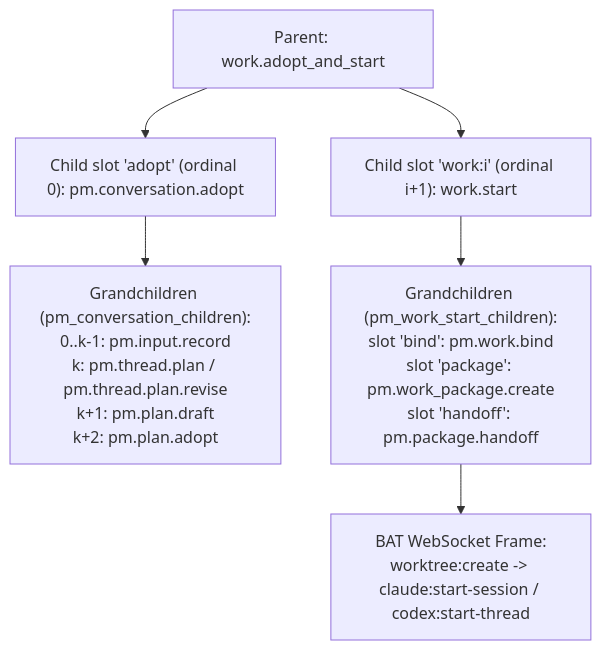
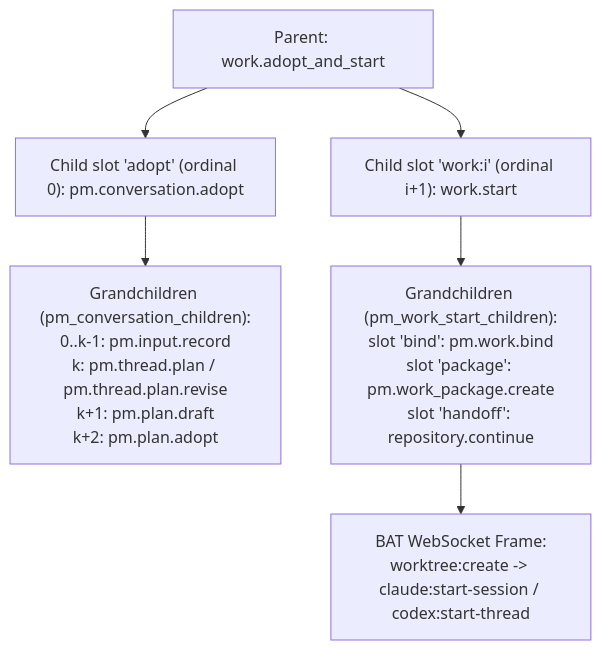
One commit to TED-H-com/bat-agent-connector changed the diagram in docs/design/v1.3-p6-adopt-and-start.md. Above: the diagram before and after it, drawn with Mermaid. The commit also changed other lines of this file, not shown here.

Commit message:
docs: complete v1.3 P6 work.adopt_and_start r2 spec decisions and citations

````diff
--- a/docs/design/v1.3-p6-adopt-and-start.md
+++ b/docs/design/v1.3-p6-adopt-and-start.md
@@ -514,15 +683,15 @@
 ```mermaid
 flowchart TD
     P["Parent: work.adopt_and_start"]
     C0["Child slot 'adopt' (ordinal 0): pm.conversation.adopt"]
     G0["Grandchildren (pm_conversation_children):<br/>0..k-1: pm.input.record<br/>k: pm.thread.plan / pm.thread.plan.revise<br/>k+1: pm.plan.draft<br/>k+2: pm.plan.adopt"]
     CW["Child slot 'work:i' (ordinal i+1): work.start"]
-    GW["Grandchildren (pm_work_start_children):<br/>slot 'bind': pm.work.bind<br/>slot 'package': pm.work_package.create<br/>slot 'handoff': pm.package.handoff"]
+    GW["Grandchildren (pm_work_start_children):<br/>slot 'bind': pm.work.bind<br/>slot 'package': pm.work_package.create<br/>slot 'handoff': repository.continue"]
     BAT["BAT WebSocket Frame:<br/>worktree:create -> claude:start-session / codex:start-thread"]
 
     P --> C0
     C0 --> G0
     P --> CW
     CW --> GW
     GW --> BAT
 ```
````
